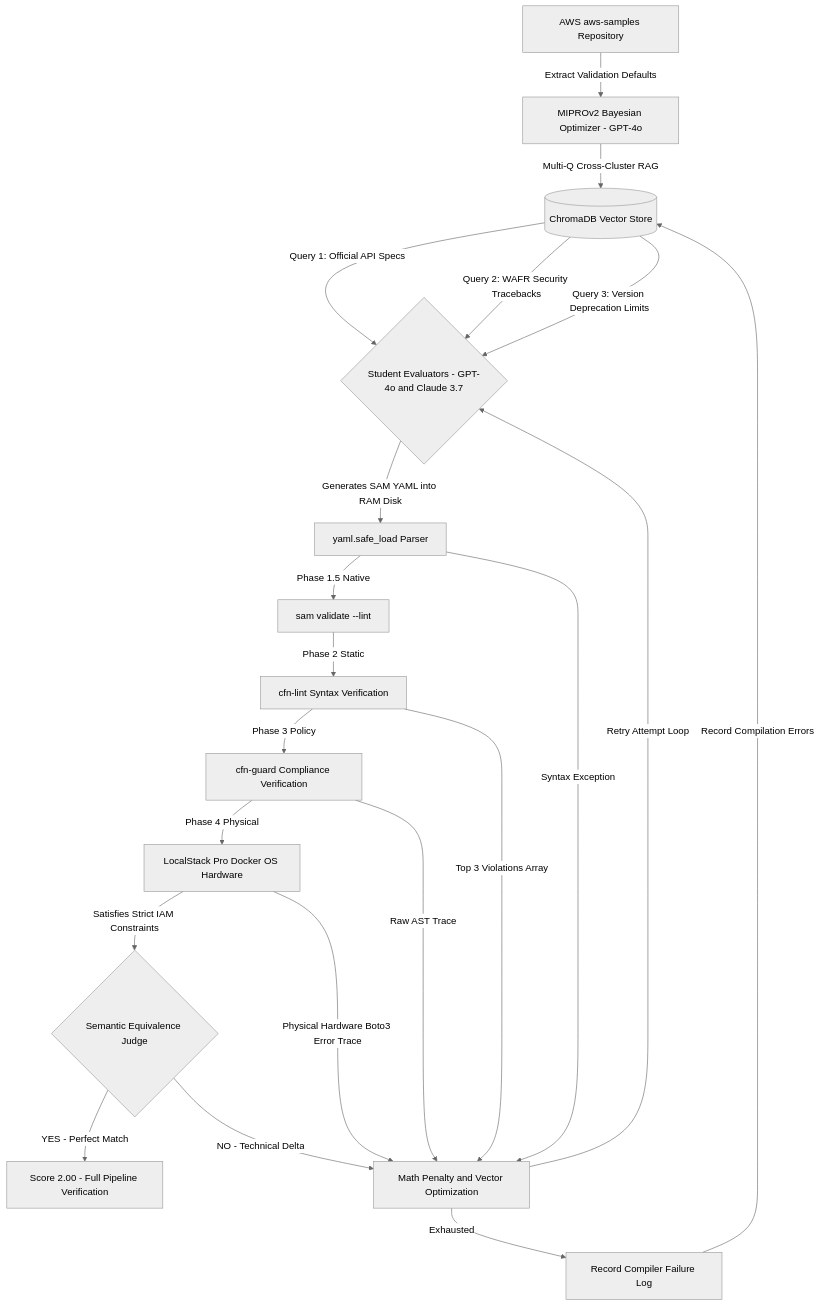
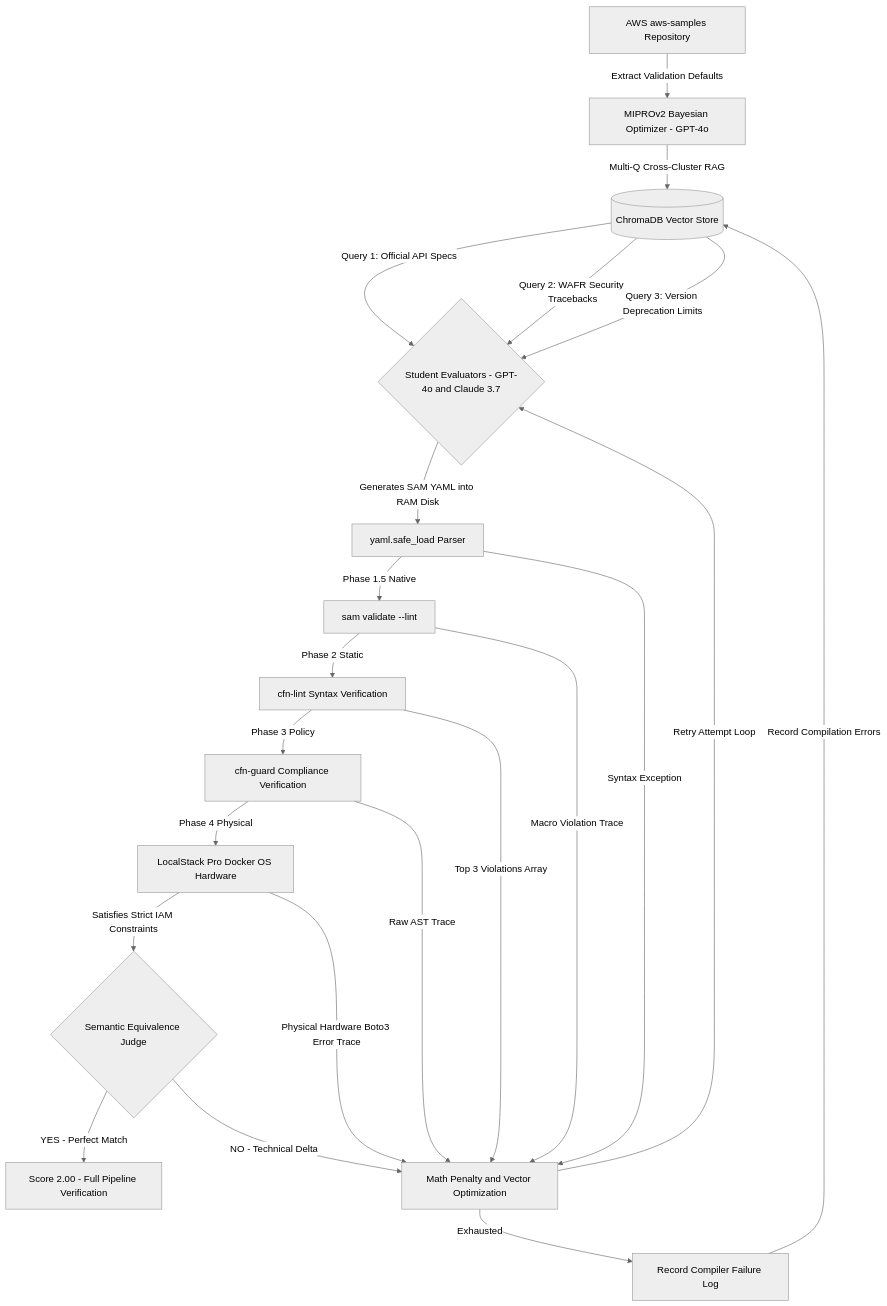
Before and after one commit to vjb/iac-self-healer: the diagram in README.md, drawn with Mermaid (neutral theme).

Commit message:
docs: add missing SAM feedback loop arrow

````diff
--- a/README.md
+++ b/README.md
@@ -7,28 +7,29 @@
 ```mermaid
 graph TD
     Z["AWS aws-samples Repository"] -->|Extract Validation Defaults| A
     A["MIPROv2 Bayesian Optimizer - GPT-4o"] -->|Multi-Q Cross-Cluster RAG| B[(ChromaDB Vector Store)]
     B -->|Query 1: Official API Specs| C{"Student Evaluators - GPT-4o and Claude 3.7"}
     B -->|Query 2: WAFR Security Tracebacks| C
     B -->|Query 3: Version Deprecation Limits| C
     
     C -->|Generates SAM YAML into RAM Disk| D["yaml.safe_load Parser"]
     D -->|Phase 1.5 Native| SAM["sam validate --lint"]
     SAM -->|Phase 2 Static| E["cfn-lint Syntax Verification"]
     E -->|Phase 3 Policy| F["cfn-guard Compliance Verification"]
     F -->|Phase 4 Physical| P2["LocalStack Pro Docker OS Hardware"]
     
     P2 -->|Satisfies Strict IAM Constraints| G{"Semantic Equivalence Judge"}
     G -->|YES - Perfect Match| H["Score 2.00 - Full Pipeline Verification"]
     
     %% Feedback Loops
     D -->|Syntax Exception| J["Math Penalty and Vector Optimization"]
+    SAM -->|Macro Violation Trace| J
     E -->|Top 3 Violations Array| J
     F -->|Raw AST Trace| J
     P2 -->|Physical Hardware Boto3 Error Trace| J
     G -->|NO - Technical Delta| J
     
     J -->|Retry Attempt Loop| C
     J -->|Exhausted| K["Record Compiler Failure Log"]
     K -->|Record Compilation Errors| B
 ```
````
